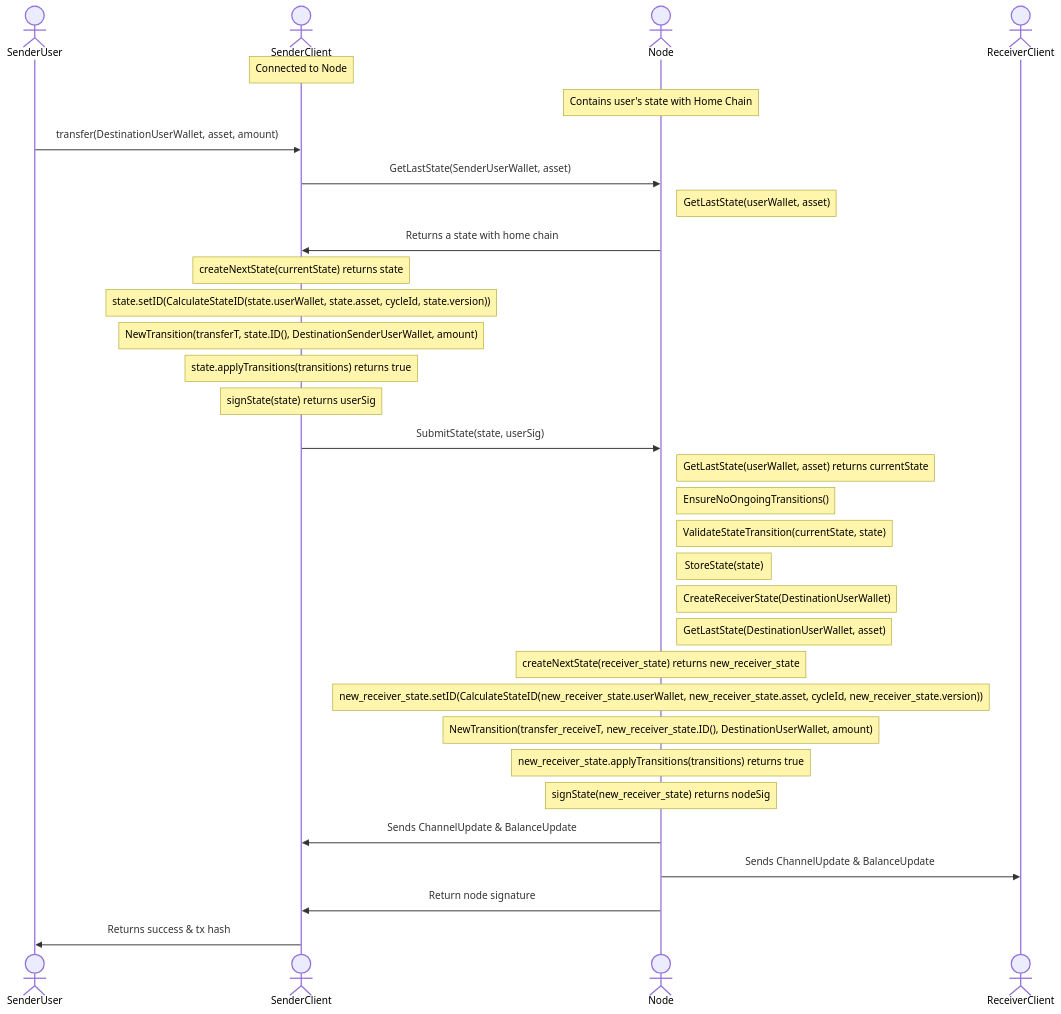
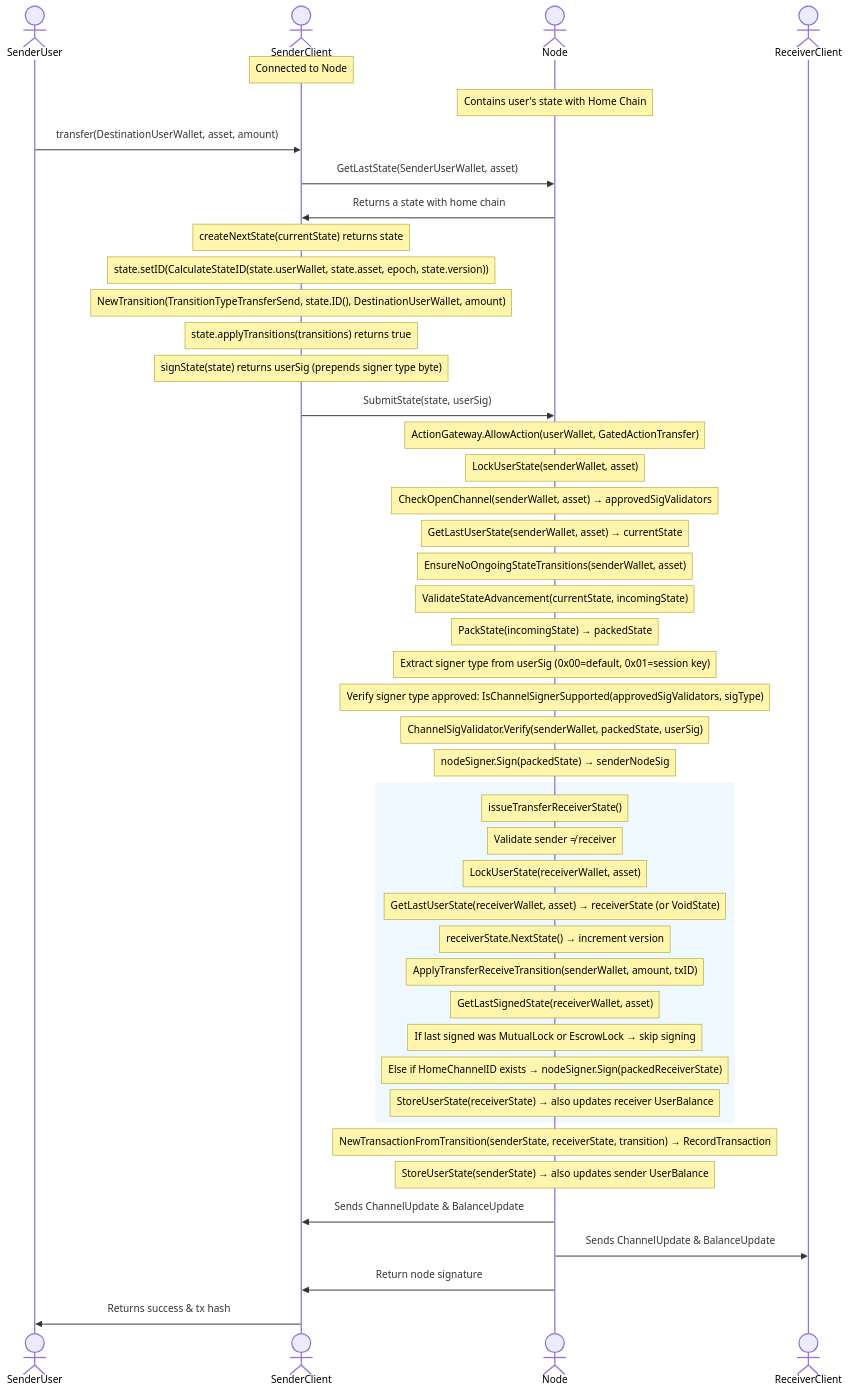
Before and after one commit to erc7824/nitrolite: the diagram in docs/communication_flows/transfer.mmd, drawn with Mermaid. The commit also changed 9 other files, not shown here.

First line of the commit message:
YNU-829: Update Data Models and Communication Flows diagrams (#616)

```diff
--- a/docs/communication_flows/transfer.mmd
+++ b/docs/communication_flows/transfer.mmd
@@ -1,41 +1,53 @@
 sequenceDiagram
         actor SenderUser
         actor SenderClient
         actor Node
         actor ReceiverClient
-        
+
         Note over SenderClient: Connected to Node
-        Note over Node: Contains user's state with Home Chain 
+        Note over Node: Contains user's state with Home Chain
 
         SenderUser->>SenderClient: transfer(DestinationUserWallet, asset, amount)
         SenderClient->>Node: GetLastState(SenderUserWallet, asset)
-        Note right of Node: GetLastState(userWallet, asset)
         Node->>SenderClient: Returns a state with home chain
-        %% Note over SenderClient: Check current state transitions
         Note over SenderClient: createNextState(currentState) returns state
-        Note over SenderClient: state.setID(CalculateStateID(state.userWallet, state.asset, cycleId, state.version))
-        Note over SenderClient: NewTransition(transferT, state.ID(), DestinationSenderUserWallet, amount)
+        Note over SenderClient: state.setID(CalculateStateID(state.userWallet, state.asset, epoch, state.version))
+        Note over SenderClient: NewTransition(TransitionTypeTransferSend, state.ID(), DestinationUserWallet, amount)
         Note over SenderClient: state.applyTransitions(transitions) returns true
-        Note over SenderClient: signState(state) returns userSig
+        Note over SenderClient: signState(state) returns userSig (prepends signer type byte)
 
         SenderClient->>Node: SubmitState(state, userSig)
-        Note right of Node: GetLastState(userWallet, asset) returns currentState
-        Note right of Node: EnsureNoOngoingTransitions()
-        Note right of Node: ValidateStateTransition(currentState, state)
-        Note right of Node: StoreState(state)
-        
-        Note right of Node: CreateReceiverState(DestinationUserWallet)
-        Note right of Node: GetLastState(DestinationUserWallet, asset)
-        %% Note over SenderClient: Check current state transitions
-        Note over Node: createNextState(receiver_state) returns new_receiver_state
-        Note over Node: new_receiver_state.setID(CalculateStateID(new_receiver_state.userWallet, new_receiver_state.asset, cycleId, new_receiver_state.version))
-        Note over Node: NewTransition(transfer_receiveT, new_receiver_state.ID(), DestinationUserWallet, amount)
-        Note over Node: new_receiver_state.applyTransitions(transitions) returns true
-        Note over Node: signState(new_receiver_state) returns nodeSig
+        Note over Node: ActionGateway.AllowAction(userWallet, GatedActionTransfer)
+        Note over Node: LockUserState(senderWallet, asset)
+        Note over Node: CheckOpenChannel(senderWallet, asset) → approvedSigValidators
+        Note over Node: GetLastUserState(senderWallet, asset) → currentState
+        Note over Node: EnsureNoOngoingStateTransitions(senderWallet, asset)
+        Note over Node: ValidateStateAdvancement(currentState, incomingState)
+        Note over Node: PackState(incomingState) → packedState
+        Note over Node: Extract signer type from userSig (0x00=default, 0x01=session key)
+        Note over Node: Verify signer type approved: IsChannelSignerSupported(approvedSigValidators, sigType)
+        Note over Node: ChannelSigValidator.Verify(senderWallet, packedState, userSig)
+        Note over Node: nodeSigner.Sign(packedState) → senderNodeSig
+
+        rect rgb(240, 248, 255)
+            Note over Node: issueTransferReceiverState()
+            Note over Node: Validate sender ≠ receiver
+            Note over Node: LockUserState(receiverWallet, asset)
+            Note over Node: GetLastUserState(receiverWallet, asset) → receiverState (or VoidState)
+            Note over Node: receiverState.NextState() → increment version
+            Note over Node: ApplyTransferReceiveTransition(senderWallet, amount, txID)
+            Note over Node: GetLastSignedState(receiverWallet, asset)
+            Note over Node: If last signed was MutualLock or EscrowLock → skip signing
+            Note over Node: Else if HomeChannelID exists → nodeSigner.Sign(packedReceiverState)
+            Note over Node: StoreUserState(receiverState) → also updates receiver UserBalance
+        end
+
+        Note over Node: NewTransactionFromTransition(senderState, receiverState, transition) → RecordTransaction
+        Note over Node: StoreUserState(senderState) → also updates sender UserBalance
 
         Node->>SenderClient: Sends ChannelUpdate & BalanceUpdate
         Node->>ReceiverClient: Sends ChannelUpdate & BalanceUpdate
 
         Node->>SenderClient: Return node signature
 
         SenderClient->>SenderUser: Returns success & tx hash
```
